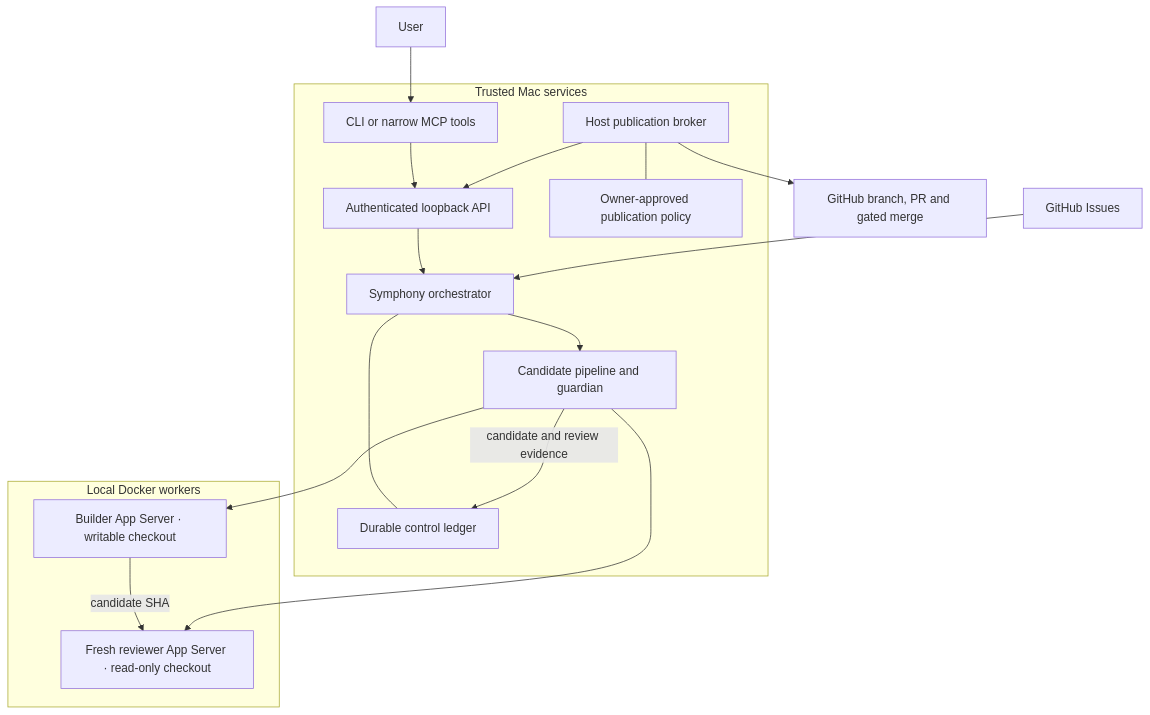
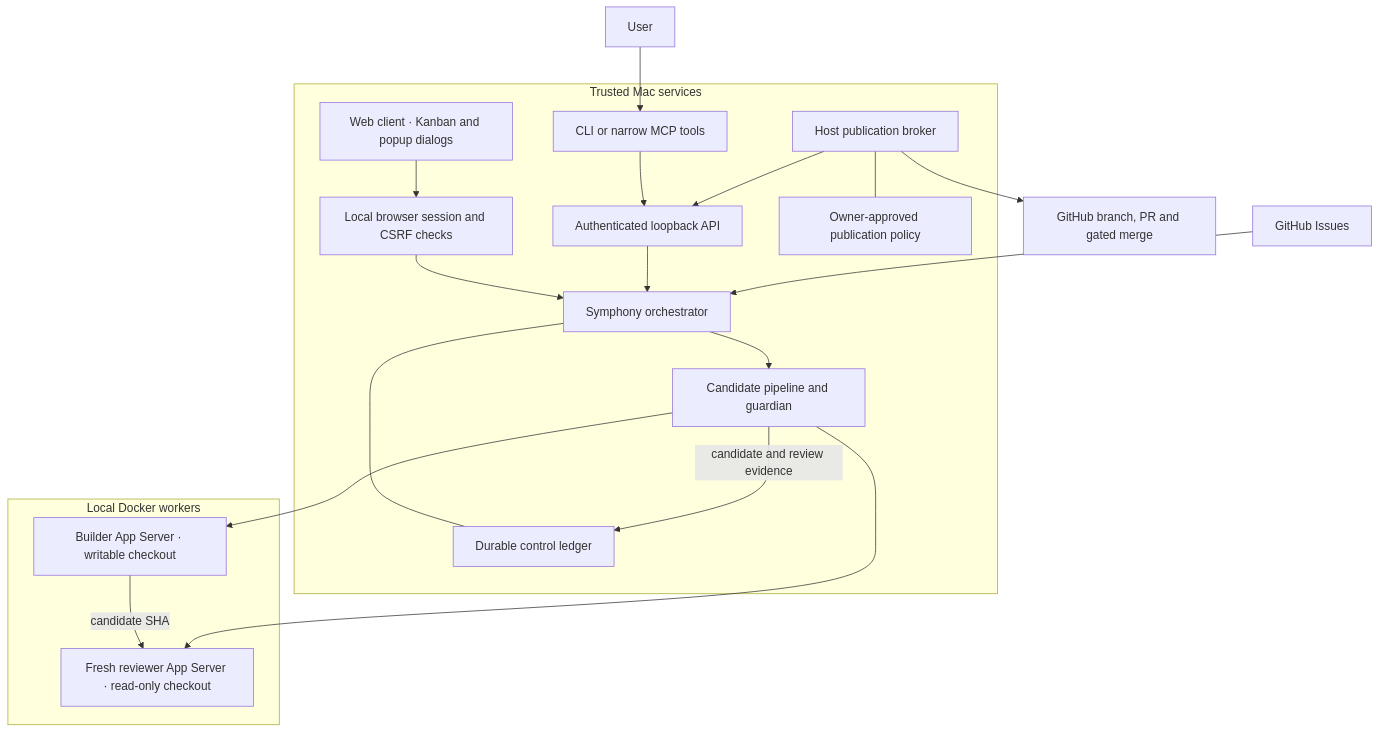
The diagram in ARCHITECTURE.md (iliazlobin/symphony), drawn with Mermaid before and after one commit. The commit also changed other lines of this file and 23 other files, not shown here.

Commit message:
Add Kanban board and popup operator dialogs

````diff
--- a/ARCHITECTURE.md
+++ b/ARCHITECTURE.md
@@ -12,22 +12,24 @@
 ```mermaid
 flowchart TB
   User["User"] --> Client["CLI or narrow MCP tools"]
   subgraph Mac["Trusted Mac services"]
+    Web["Web client · Kanban and popup dialogs"] --> Browser["Local browser session and CSRF checks"]
+    Browser --> Scheduler
     Client --> API["Authenticated loopback API"]
     API --> Scheduler["Symphony orchestrator"]
     Scheduler --- Ledger["Durable control ledger"]
     Scheduler --> Pipeline["Candidate pipeline and guardian"]
     Broker["Host publication broker"] --> API
     Broker --- Policy["Owner-approved publication policy"]
   end
   subgraph Docker["Local Docker workers"]
     Builder["Builder App Server · writable checkout"]
     Reviewer["Fresh reviewer App Server · read-only checkout"]
     Builder -->|"candidate SHA"| Reviewer
   end
   GitHub["GitHub Issues"] --> Scheduler
   Pipeline --> Builder
   Pipeline --> Reviewer
   Pipeline -->|"candidate and review evidence"| Ledger
   Broker --> PR["GitHub branch, PR and gated merge"]
 ```
````
